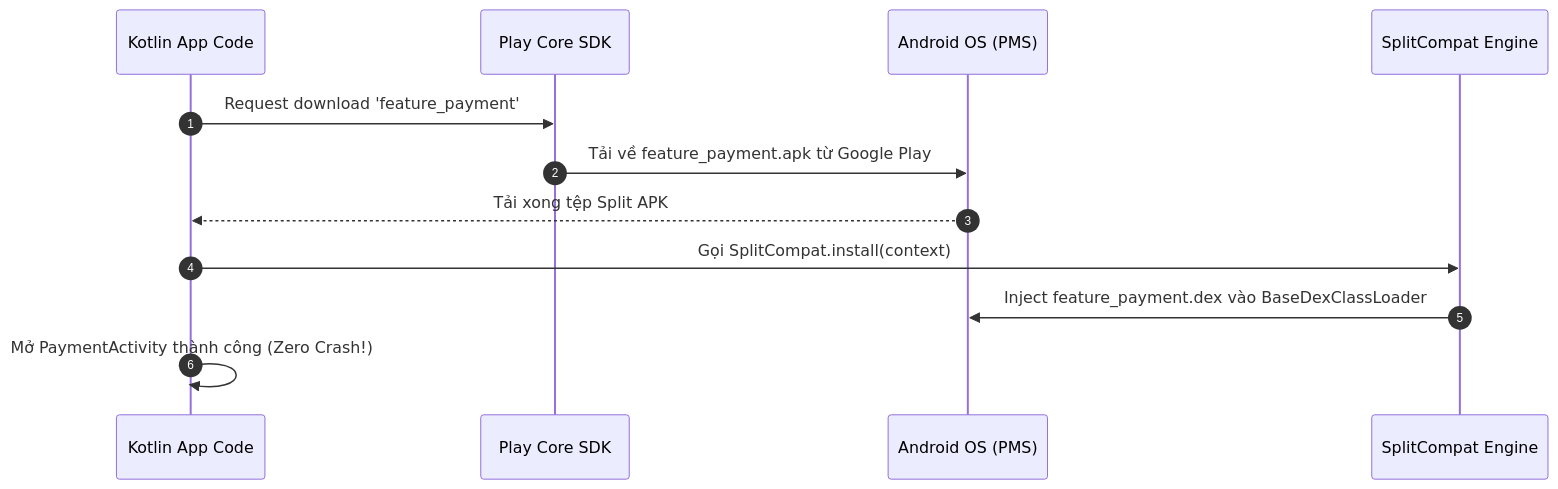
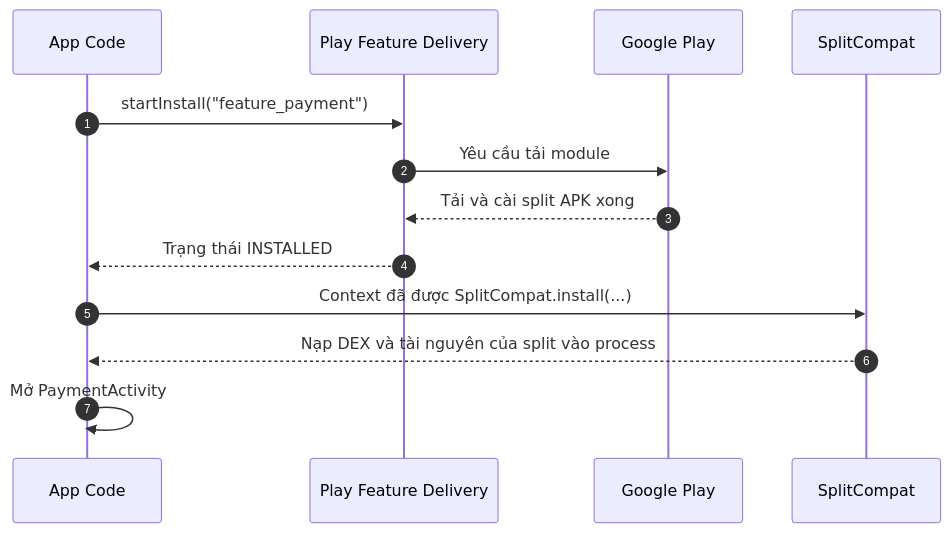
The third of 3 diagrams in knowledge/android/docs/session_01/output_packages/aab_files.md (h1eu/knowledge), drawn with Mermaid before and after one commit. The commit also changed other lines of this file and 80 other files, not shown here.

First line of the commit message:
docs(android): rewrite Session 01, add Claude Code config and diagrams

````diff
--- a/knowledge/android/docs/session_01/output_packages/aab_files.md
+++ b/knowledge/android/docs/session_01/output_packages/aab_files.md
@@ -126,15 +146,16 @@
 ```mermaid
 sequenceDiagram
     autonumber
-    participant App as Kotlin App Code
-    participant Play as Play Core SDK
-    participant OS as Android OS (PMS)
-    participant SC as SplitCompat Engine
+    participant App as App Code
+    participant FD as Play Feature Delivery
+    participant Play as Google Play
+    participant SC as SplitCompat
 
-    App->>Play: Request download 'feature_payment'
-    Play->>OS: Tải về feature_payment.apk từ Google Play
-    OS-->>App: Tải xong tệp Split APK
-    App->>SC: Gọi SplitCompat.install(context)
-    SC->>OS: Inject feature_payment.dex vào BaseDexClassLoader
-    App->>App: Mở PaymentActivity thành công (Zero Crash!)
+    App->>FD: startInstall("feature_payment")
+    FD->>Play: Yêu cầu tải module
+    Play-->>FD: Tải và cài split APK xong
+    FD-->>App: Trạng thái INSTALLED
+    App->>SC: Context đã được SplitCompat.install(...)
+    SC-->>App: Nạp DEX và tài nguyên của split vào process
+    App->>App: Mở PaymentActivity
 ```
````
